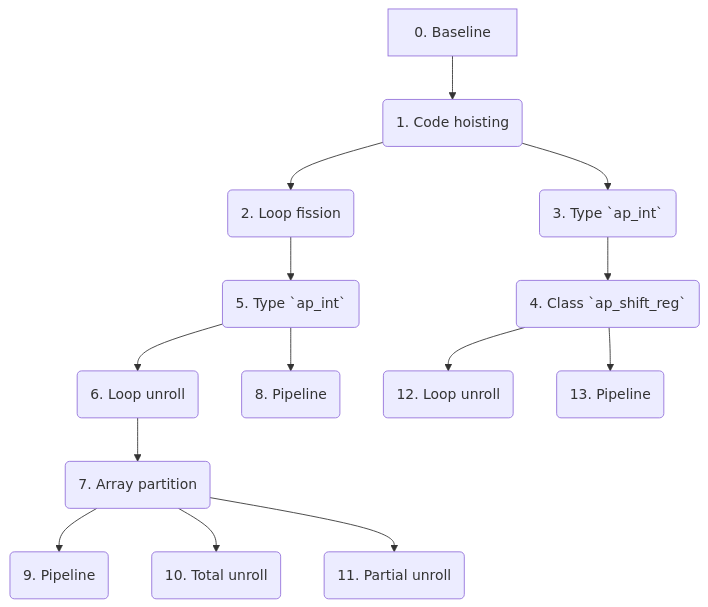
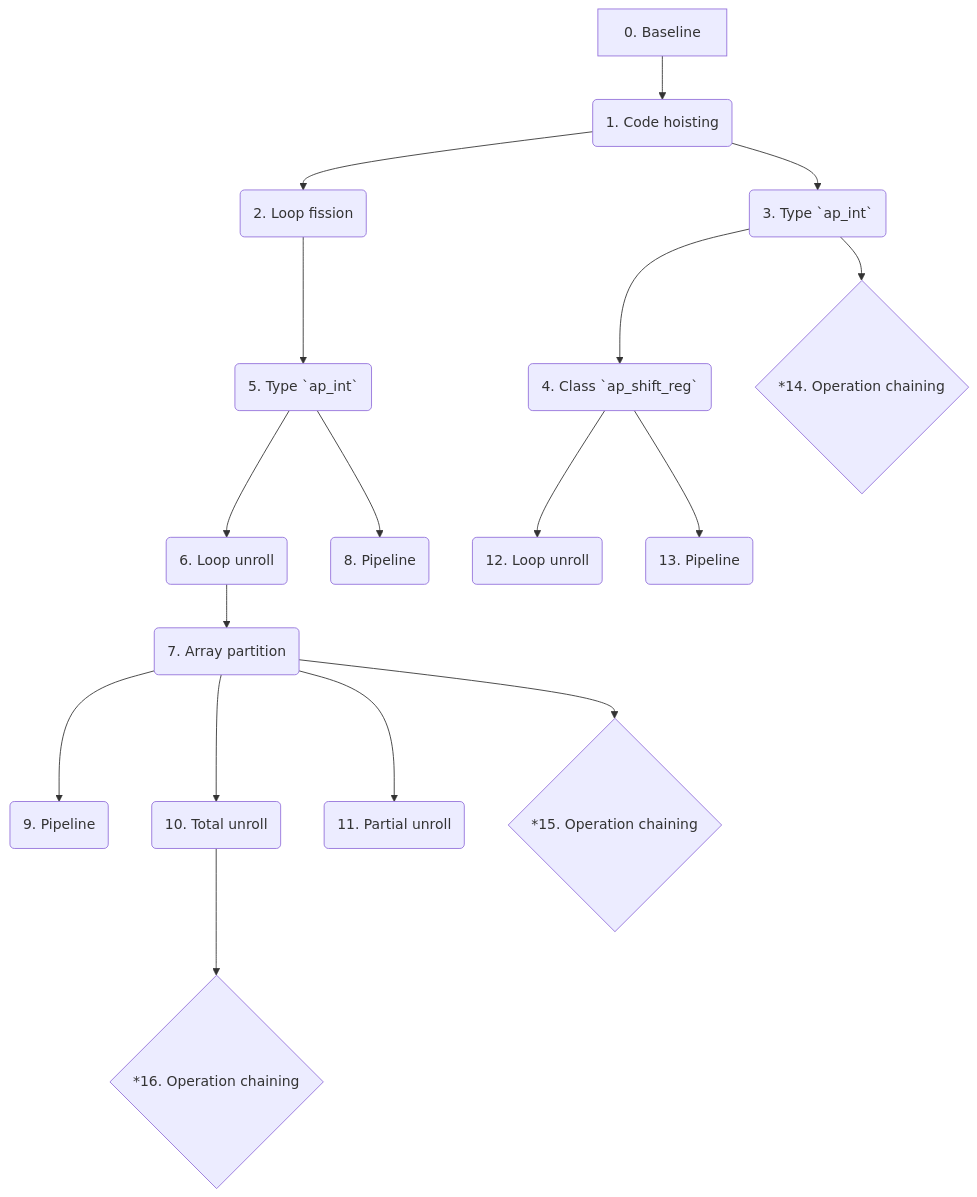
The diagram in README.md (XBlayz/HLS_projects), drawn with Mermaid before and after one commit. The commit also changed other lines of this file and 1 other file, not shown here.

Commit message:
feat(scripts): add clock exploration script and update documentation
Add a new batch script to automate HLS clock exploration across multiple
solutions and clock periods. Update the README to reflect new workflow
commands and the revised revisions graph.

````diff
--- a/README.md
+++ b/README.md
@@ -133,22 +135,22 @@
 ```mermaid
 flowchart TD
     0[0. Baseline] --> 1(1. Code hoisting)
 
     1 --> 2(2. Loop fission) --> 5(5. Type `ap_int`)
     1 --> 3(3. Type `ap_int`) --> 4(4. Class `ap_shift_reg`)
 
     5 --> 6(6. Loop unroll) --> 7(7. Array partition) --> 9(9. Pipeline)
     5 --> 8(8. Pipeline)
 
     7 --> 10(10. Total unroll)
     7 --> 11(11. Partial unroll)
 
     4 --> 12(12. Loop unroll)
     4 --> 13(13. Pipeline)
 
-    %% <BEST_1> --> 14{*14. Operation chaining}
-    %% <BEST_2> --> 15{*15. Operation chaining}
-    %% <BEST_3> --> 16{*16. Operation chaining}
+    3 --> 14{*14. Operation chaining}
+    7 --> 15{*15. Operation chaining}
+    10 --> 16{*16. Operation chaining}
 
     %%TODO: <BEST> --> 17[17. AXI4-Stream]
 ```
````
